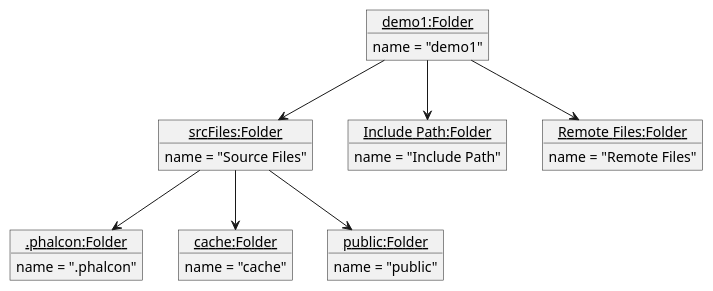
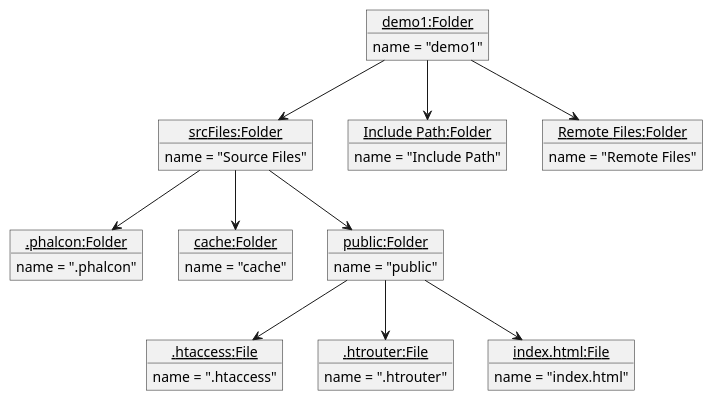
One commit to joshhkim02/CS4800-HW3 changed the diagram in Part4OD.puml. Above: the diagram before and after it, drawn with PlantUML.

```diff
--- a/Part4OD.puml
+++ b/Part4OD.puml
@@ -1,30 +1,42 @@
 @startuml
 object "<u>demo1:Folder</u>" as root{
 name = "demo1"
 }
 object "<u>srcFiles:Folder</u>" as srcFiles{
 name = "Source Files"
 }
 object "<u>.phalcon:Folder</u>" as phalcon{
 name = ".phalcon"
 }
 object "<u>cache:Folder</u>" as cache{
 name = "cache"
 }
 object "<u>public:Folder</u>" as public{
 name = "public"
 }
 object "<u>Include Path:Folder</u>" as incPath{
 name = "Include Path"
 }
 object "<u>Remote Files:Folder</u>" as rmtFiles{
 name = "Remote Files"
 }
+object "<u>.htaccess:File</u>" as htaccess{
+name = ".htaccess"
+}
+object "<u>.htrouter:File</u>" as htrouter{
+name = ".htrouter"
+}
+object "<u>index.html:File</u>" as indexhtml{
+name = "index.html"
+}
 
 root --> srcFiles
 root --> incPath
 root --> rmtFiles
 srcFiles --> phalcon
 srcFiles --> cache
 srcFiles --> public
+public --> htaccess
+public --> htrouter
+public --> indexhtml
 @enduml
```
